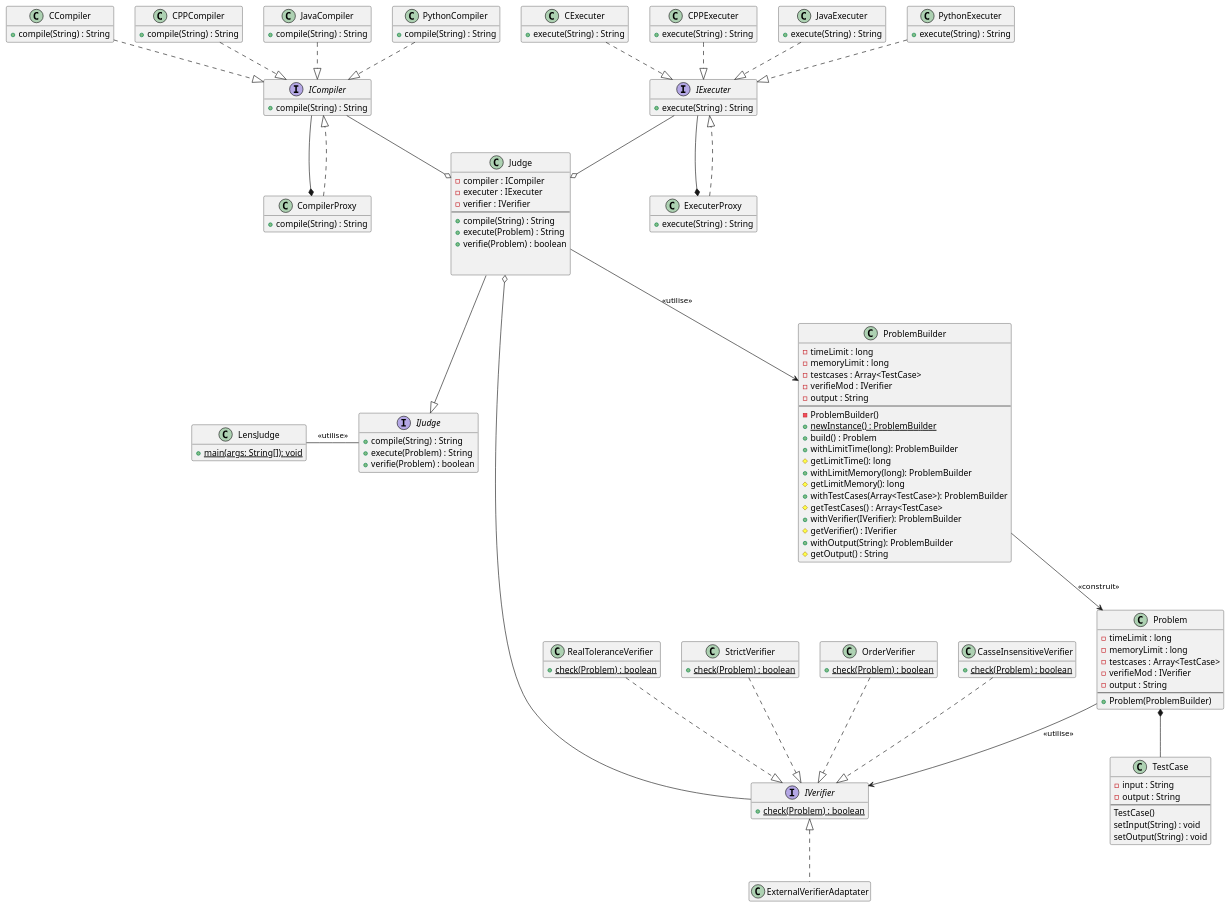
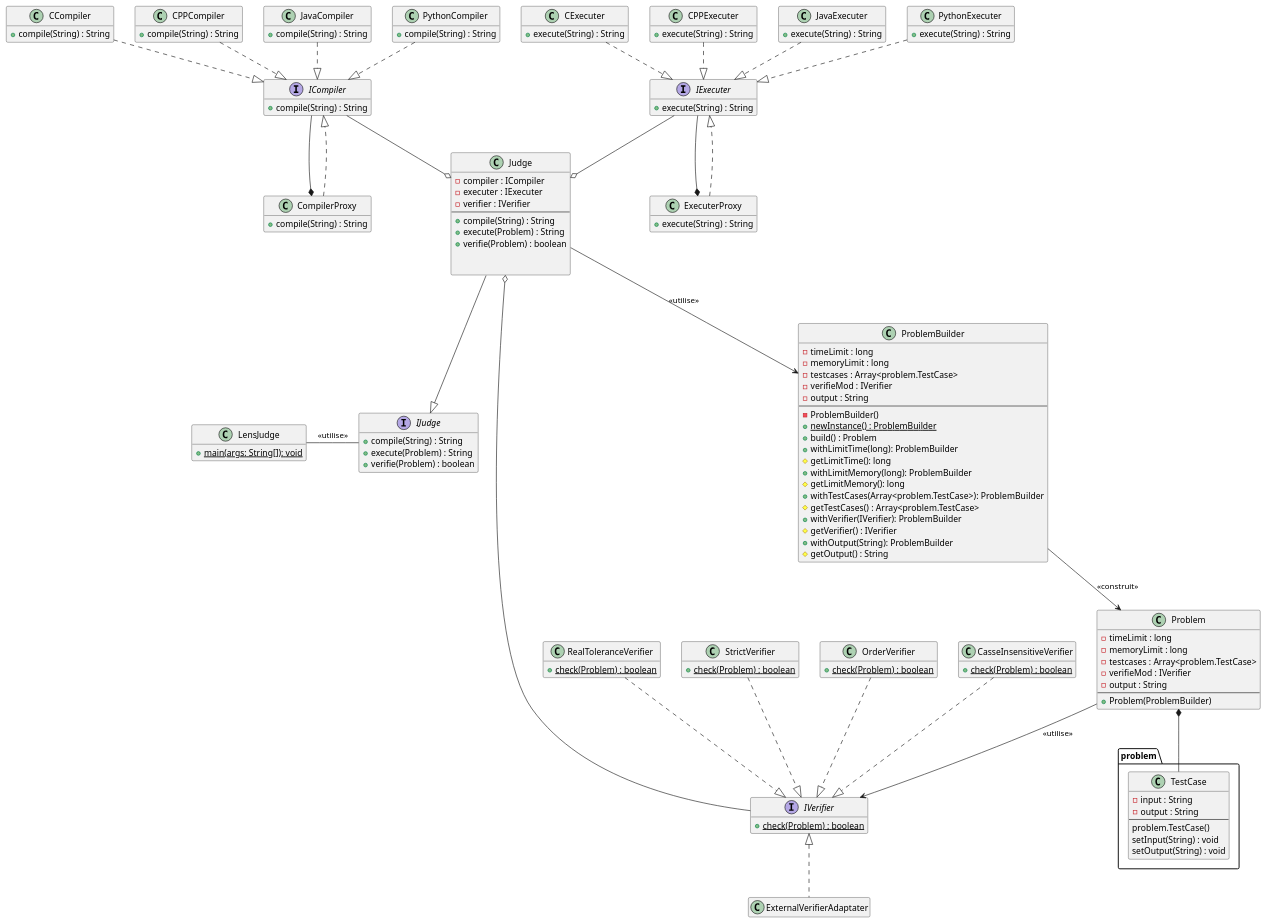
Before and after one commit to samuel-tittelein/Lens-Judge: the diagram in README.md, drawn with PlantUML. The commit also changed 1 other file, not shown here.

Commit message:
#13 Comments added

```diff
--- a/README.md
+++ b/README.md
@@ -181,7 +181,7 @@
 class ProblemBuilder {
 -timeLimit : long
 -memoryLimit : long
--testcases : Array<TestCase>
+-testcases : Array<problem.TestCase>
 -verifieMod : IVerifier
 -output : String
 --
@@ -192,8 +192,8 @@
 # getLimitTime(): long
 + withLimitMemory(long): ProblemBuilder
 # getLimitMemory(): long
-+ withTestCases(Array<TestCase>): ProblemBuilder
-# getTestCases() : Array<TestCase>
++ withTestCases(Array<problem.TestCase>): ProblemBuilder
+# getTestCases() : Array<problem.TestCase>
 + withVerifier(IVerifier): ProblemBuilder
 # getVerifier() : IVerifier
 + withOutput(String): ProblemBuilder
@@ -204,7 +204,7 @@
 class Problem {
 -timeLimit : long
 -memoryLimit : long
--testcases : Array<TestCase>
+-testcases : Array<problem.TestCase>
 -verifieMod : IVerifier
 -output : String
 --
@@ -215,17 +215,17 @@
 ProblemBuilder --> Problem : <<construit>>
 
 
-class TestCase{
+class problem.TestCase{
 -input : String
 -output : String
 --
-TestCase()
+problem.TestCase()
 setInput(String) : void
 setOutput(String) : void
 }
 
 
-Problem *-- TestCase
+Problem *-- problem.TestCase
 
 
 Problem --> IVerifier : <<utilise>>
```
